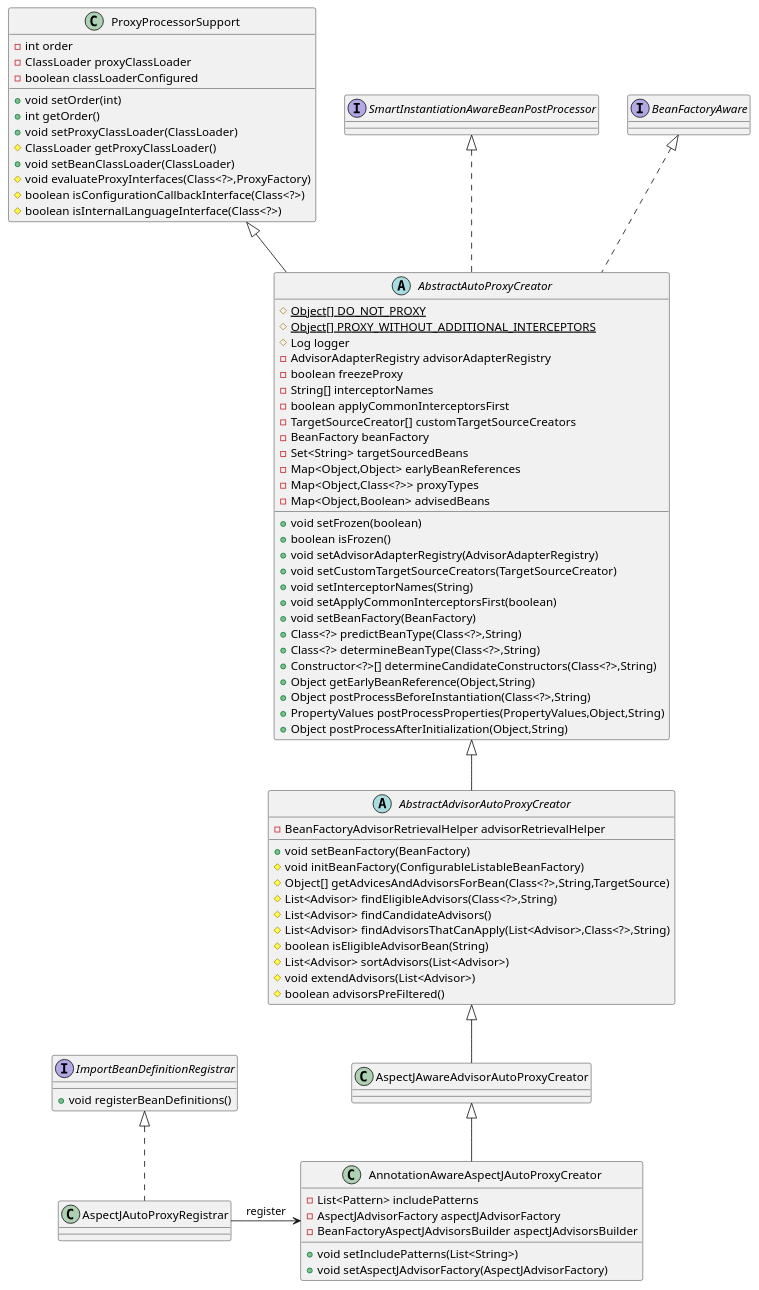
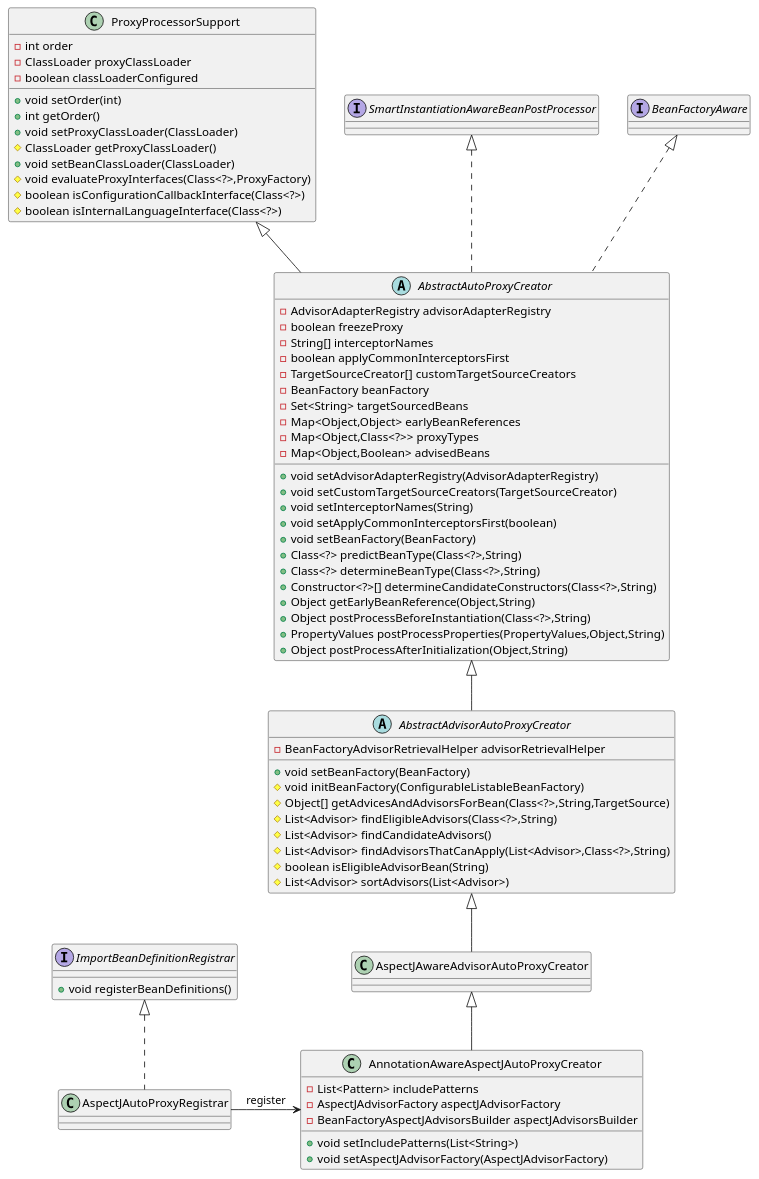
The second of 2 diagrams in content/post/java/spring/aop.md (kevinwang930/kevinwang930.github.io), drawn with PlantUML before and after one commit. The commit also changed 2 other files, not shown here.

```diff
--- a/content/post/java/spring/aop.md
+++ b/content/post/java/spring/aop.md
@@ -96,15 +96,12 @@
 # List<Advisor> findAdvisorsThatCanApply(List<Advisor>,Class<?>,String)
 # boolean isEligibleAdvisorBean(String)
 # List<Advisor> sortAdvisors(List<Advisor>)
-# void extendAdvisors(List<Advisor>)
-# boolean advisorsPreFiltered()
+
 }
 
 
 abstract class AbstractAutoProxyCreator extends ProxyProcessorSupport implements SmartInstantiationAwareBeanPostProcessor, BeanFactoryAware {
-# {static} Object[] DO_NOT_PROXY
-# {static} Object[] PROXY_WITHOUT_ADDITIONAL_INTERCEPTORS
-# Log logger
+
 - AdvisorAdapterRegistry advisorAdapterRegistry
 - boolean freezeProxy
 - String[] interceptorNames
@@ -115,8 +112,7 @@
 - Map<Object,Object> earlyBeanReferences
 - Map<Object,Class<?>> proxyTypes
 - Map<Object,Boolean> advisedBeans
-+ void setFrozen(boolean)
-+ boolean isFrozen()
+
 + void setAdvisorAdapterRegistry(AdvisorAdapterRegistry)
 + void setCustomTargetSourceCreators(TargetSourceCreator)
 + void setInterceptorNames(String)
```
